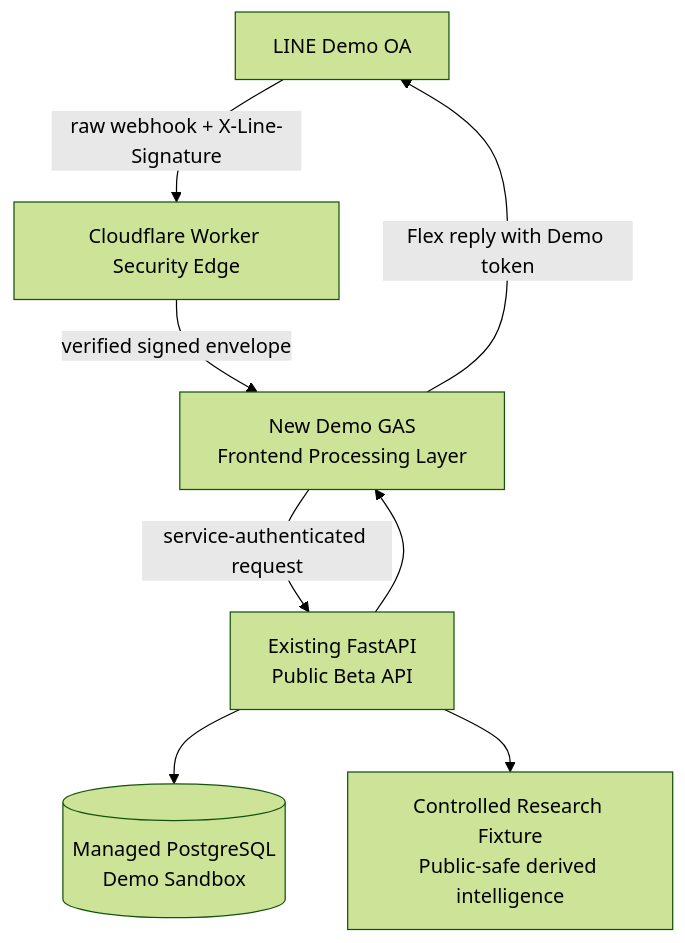
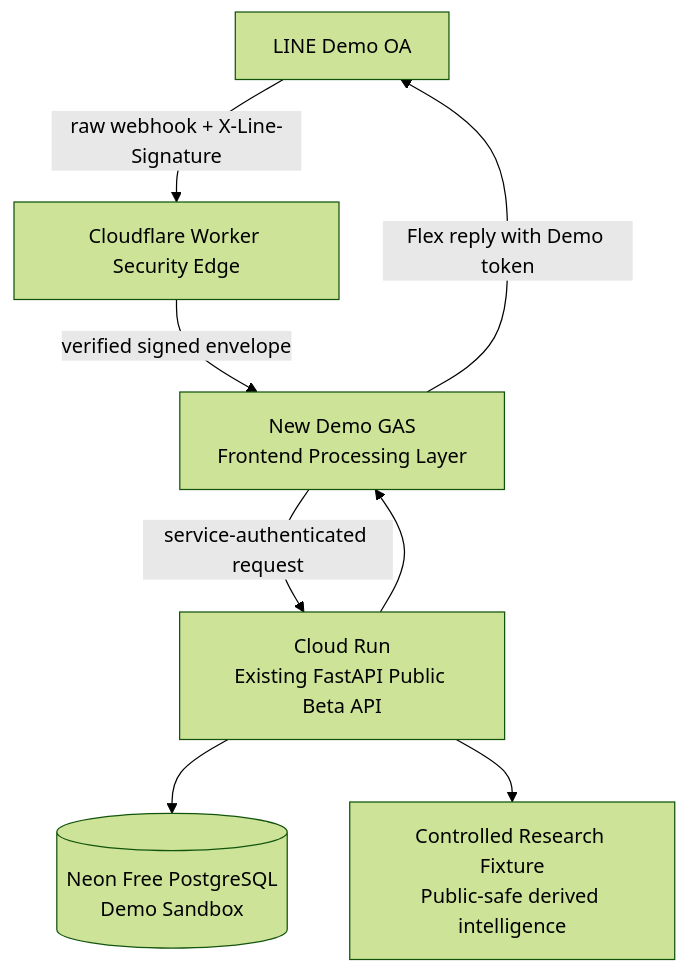
One commit to mieuxwei/financial-ai-assistant changed the diagram in docs/line_public_beta_architecture.md. Above: the diagram before and after it, drawn with Mermaid (forest theme). The commit also changed other lines of this file and 7 other files, not shown here.

Commit message:
Prepare Cloud Run and Neon public beta deployment

````diff
--- a/docs/line_public_beta_architecture.md
+++ b/docs/line_public_beta_architecture.md
@@ -32,10 +32,10 @@
 ```mermaid
 flowchart TD
     L[LINE Demo OA] -->|raw webhook + X-Line-Signature| E[Cloudflare Worker Security Edge]
     E -->|verified signed envelope| G[New Demo GAS\nFrontend Processing Layer]
-    G -->|service-authenticated request| A[Existing FastAPI\nPublic Beta API]
-    A --> D[(Managed PostgreSQL\nDemo Sandbox)]
+    G -->|service-authenticated request| A[Cloud Run\nExisting FastAPI Public Beta API]
+    A --> D[(Neon Free PostgreSQL\nDemo Sandbox)]
     A --> R[Controlled Research Fixture\nPublic-safe derived intelligence]
     A --> G
     G -->|Flex reply with Demo token| L
 ```
````
